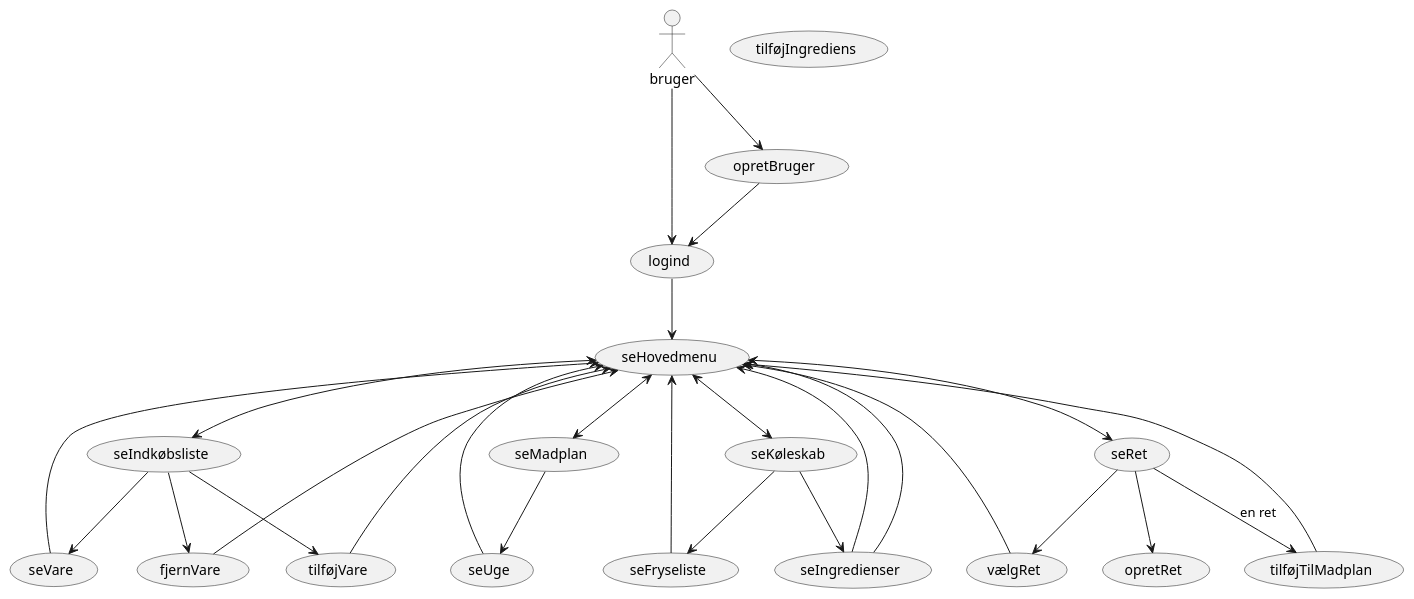
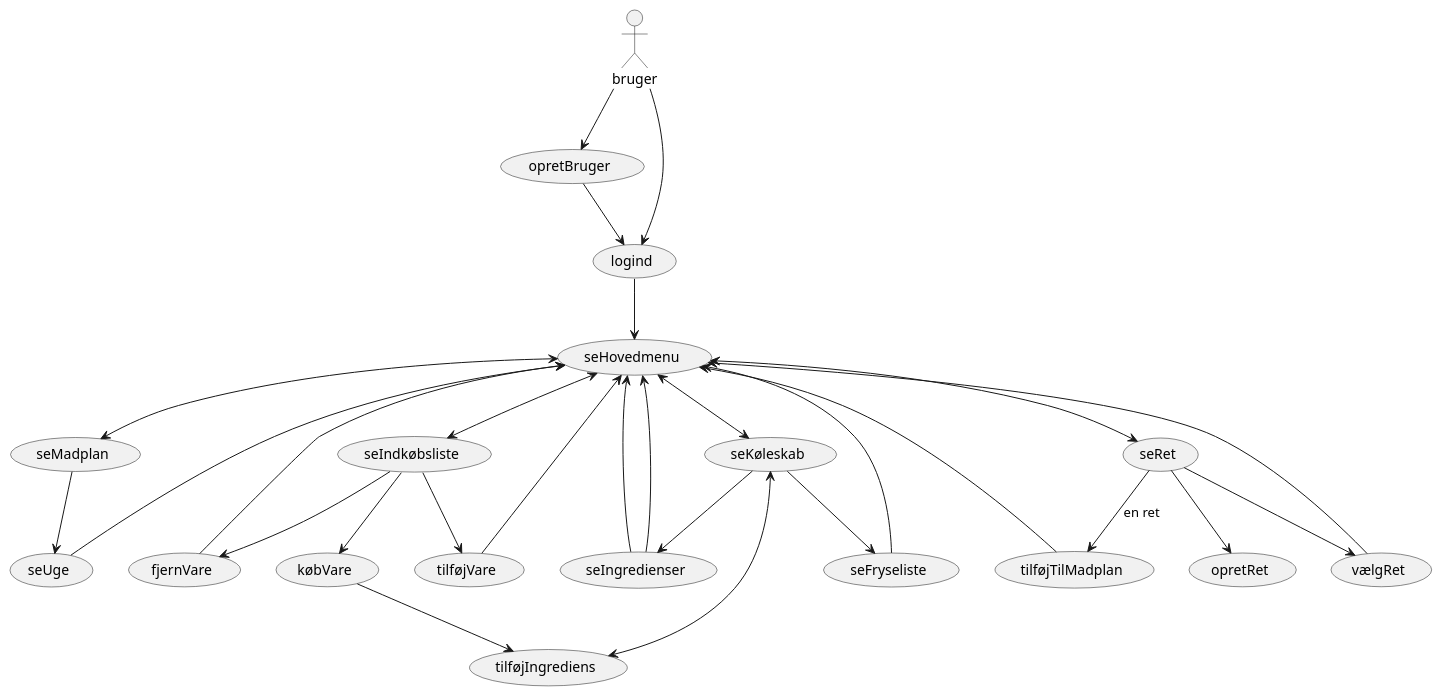
One commit to mrPrimeBeef/1.-Sem-ICE changed the diagram in ICE indkoebsListe/Doc/Dynamic/Usecases.puml. Above: the diagram before and after it, drawn with PlantUML.

```diff
--- a/ICE indkoebsListe/Doc/Dynamic/Usecases.puml
+++ b/ICE indkoebsListe/Doc/Dynamic/Usecases.puml
@@ -1,86 +1,89 @@
 @startuml
 'https://plantuml.com/use-case-diagram
 
 actor bruger
 
 usecase opretBruger
 usecase logind
 
 usecase seHovedmenu
 
 
 
 'seRet
 usecase vælgRet
 usecase opretRet
 usecase tilføjTilMadplan
 
 usecase seUge
 
 'seKøleskab
 usecase seFryseliste
 usecase seIngredienser
 usecase tilføjIngrediens
 
 'seIndkøbsliste
-usecase seVare
 usecase fjernVare
 usecase tilføjVare
+usecase købVare
 
 'sehovedmenu
 usecase seIndkøbsliste
 usecase seMadplan
 usecase seKøleskab
 usecase seRet
 
 
 top to bottom direction
 bruger --> opretBruger
 bruger --> logind
 
 opretBruger --> logind
 
 logind --> seHovedmenu
 
 seHovedmenu <--> seIndkøbsliste
 seHovedmenu <--> seMadplan
 seHovedmenu <--> seKøleskab
 seHovedmenu <--> seRet
 
 
 seRet --> vælgRet
 seRet --> tilføjTilMadplan: en ret
 seRet --> opretRet
 
 vælgRet --> seHovedmenu
 tilføjTilMadplan --> seHovedmenu
 
 seKøleskab --> seIngredienser
 seKøleskab --> seFryseliste
 seFryseliste --> seHovedmenu
 seIngredienser --> seHovedmenu
 
 seMadplan --> seUge
 seUge --> seHovedmenu
 
-seIndkøbsliste --> seVare
+
 seIndkøbsliste --> tilføjVare
 seIndkøbsliste --> fjernVare
+seIndkøbsliste --> købVare
+købVare --> tilføjIngrediens
 
-seVare --> seHovedmenu
+
 tilføjVare --> seHovedmenu
 fjernVare --> seHovedmenu
 
 seIngredienser --> seHovedmenu
+seKøleskab <--> tilføjIngrediens
 
 
 
 
 
 
 
 
 
 
 
 @enduml
```
